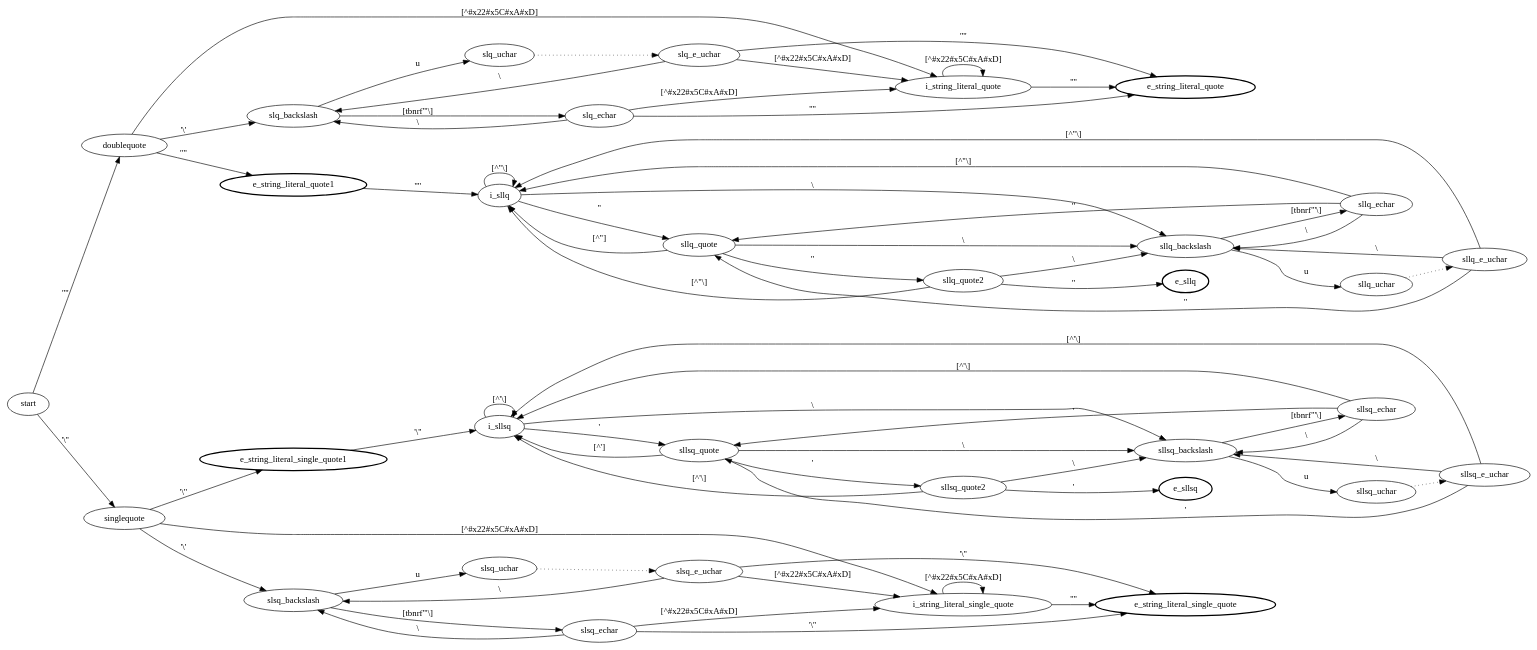
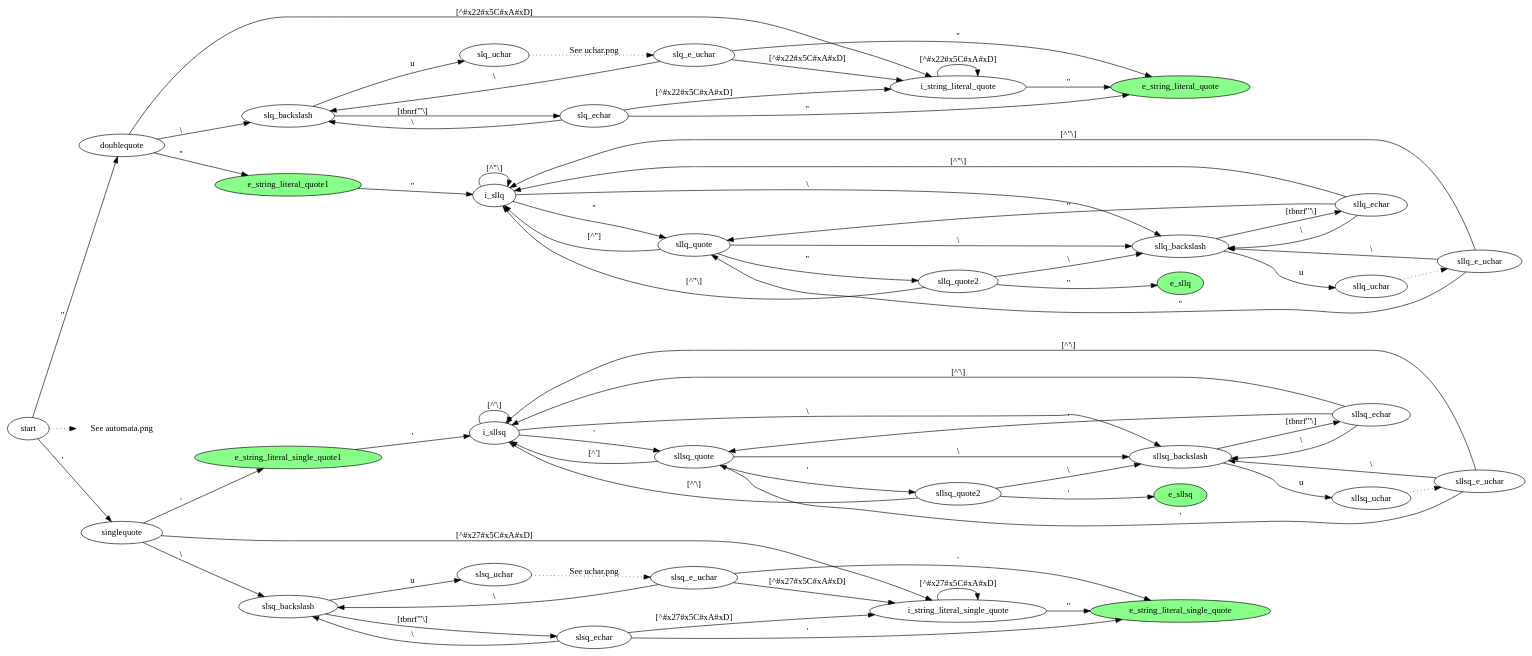
The diagram in design/string.dot (cnngimenez/SeA-turtle), drawn with Graphviz before and after one commit. The commit also changed 22 other files, not shown here.

```diff
--- a/design/string.dot
+++ b/design/string.dot
@@ -1,133 +1,133 @@
 // automata.dot
 
 // Copyright 2020 cnngimenez
 
 // Author: cnngimenez
 
 // This program is free software: you can redistribute it and/or modify
 // it under the terms of the GNU General Public License as published by
 // the Free Software Foundation, either version 3 of the License, or
 // (at your option) any later version.
 
 // This program is distributed in the hope that it will be useful,
 // but WITHOUT ANY WARRANTY; without even the implied warranty of
 // MERCHANTABILITY or FITNESS FOR A PARTICULAR PURPOSE.  See the
 // GNU General Public License for more details.
 
 // You should have received a copy of the GNU General Public License
 // along with this program.  If not, see <http://www.gnu.org/licenses/>.
 
 digraph {
         rankdir=LR;
         node [];
 
-        e_string_literal_quote [style=bold];
-        e_string_literal_quote1 [style=bold];
-        e_string_literal_single_quote [style=bold];
-        e_string_literal_single_quote1 [style=bold];
-        e_sllsq [style=bold];
-        e_sllq [style=bold];
-
+        e_string_literal_quote [style=filled, fillcolor="#88ff88"];
+        e_string_literal_quote1 [style=filled, fillcolor="#88ff88"];
+        e_string_literal_single_quote [style=filled, fillcolor="#88ff88"];
+        e_string_literal_single_quote1 [style=filled, fillcolor="#88ff88"];
+        e_sllsq [style=filled, fillcolor="#88ff88"];
+        e_sllq [style=filled, fillcolor="#88ff88"];
+        see_automata_png [shape=plaintext, label="See automata.png"];
         
         // STRING_LITERAL_QUOTE ::= '"' ([^#x22#x5C#xA#xD] | ECHAR | UCHAR)* '"' /* #x22=" #x5C=\ #xA=new line #xD=carriage return */
-        start -> doublequote [label="'\"'"]
+        start -> doublequote [label="\""]
+        start -> singlequote [label="'"]        
+        start -> see_automata_png [style=dotted];
         
         doublequote -> i_string_literal_quote [label="[^#x22#x5C#xA#xD]"];
-        doublequote -> e_string_literal_quote1 [label="'\"'"];
-        doublequote -> slq_backslash [label="'\\'"];
+        doublequote -> e_string_literal_quote1 [label="\""];
+        doublequote -> slq_backslash [label="\\"];
 
         // '"' (...)*
         i_string_literal_quote -> i_string_literal_quote [label="[^#x22#x5C#xA#xD]"];
         slq_backslash -> slq_uchar [label="u"];       
         slq_backslash -> slq_echar [label="[tbnrf\"'\\]"];
 
-        slq_uchar -> slq_e_uchar [style="dotted"];
+        slq_uchar -> slq_e_uchar [style=dotted, label="See uchar.png"];
         
         slq_e_uchar -> i_string_literal_quote [label="[^#x22#x5C#xA#xD]"];
         slq_e_uchar -> slq_backslash [label="\\"];
-        slq_e_uchar -> e_string_literal_quote [label="'\"'"];
+        slq_e_uchar -> e_string_literal_quote [label="\""];
 
         slq_echar -> i_string_literal_quote [label="[^#x22#x5C#xA#xD]"];
         slq_echar -> slq_backslash [label="\\"];
-        slq_echar -> e_string_literal_quote [label="'\"'"];
+        slq_echar -> e_string_literal_quote [label="\""];
 
-        i_string_literal_quote -> e_string_literal_quote [label="'\"'"];
+        i_string_literal_quote -> e_string_literal_quote [label="\""];
 
-        // STRING_LITERAL_SINGLE_QUOTE ::= "'" ([^#x27#x5C#xA#xD] | ECHAR | UCHAR)* "'" /* #x27=' #x5C=\ #xA=new line #xD=carriage return */
-        start -> singlequote [label="'\\''"]
-        
-        singlequote -> i_string_literal_single_quote [label="[^#x22#x5C#xA#xD]"];
-        singlequote -> e_string_literal_single_quote1 [label="'\\''"];
-        singlequote -> slsq_backslash [label="'\\'"];
+        // STRING_LITERAL_SINGLE_QUOTE ::= "'" ([^#x27#x5C#xA#xD] | ECHAR | UCHAR)* "'" /* #x27=' #x5C=\ #xA=new line #xD=carriage return */        
+        singlequote -> i_string_literal_single_quote [label="[^#x27#x5C#xA#xD]"];
+        singlequote -> e_string_literal_single_quote1 [label="'"];
+        singlequote -> slsq_backslash [label="\\"];
 
         // '"' (...)*
-        i_string_literal_single_quote -> i_string_literal_single_quote [label="[^#x22#x5C#xA#xD]"];
+        i_string_literal_single_quote -> i_string_literal_single_quote [label="[^#x27#x5C#xA#xD]"];
         slsq_backslash -> slsq_uchar [label="u"];       
         slsq_backslash -> slsq_echar [label="[tbnrf\"'\\]"];
 
-        slsq_uchar -> slsq_e_uchar [style=dotted];
+        slsq_uchar -> slsq_e_uchar [style=dotted, label="See uchar.png"];
         
-        slsq_e_uchar -> i_string_literal_single_quote [label="[^#x22#x5C#xA#xD]"];
+        slsq_e_uchar -> i_string_literal_single_quote [label="[^#x27#x5C#xA#xD]"];
         slsq_e_uchar -> slsq_backslash [label="\\"];
-        slsq_e_uchar -> e_string_literal_single_quote [label="'\\''"];
+        slsq_e_uchar -> e_string_literal_single_quote [label="'"];
 
-        slsq_echar -> i_string_literal_single_quote [label="[^#x22#x5C#xA#xD]"];
+        slsq_echar -> i_string_literal_single_quote [label="[^#x27#x5C#xA#xD]"];
         slsq_echar -> slsq_backslash [label="\\"];
-        slsq_echar -> e_string_literal_single_quote [label="'\\''"];
+        slsq_echar -> e_string_literal_single_quote [label="'"];
 
-        i_string_literal_single_quote -> e_string_literal_single_quote [label="'\"'"];
+        i_string_literal_single_quote -> e_string_literal_single_quote [label="\""];
 
         // STRING_LITERAL_LONG_SINGLE_QUOTE ::= "'''" (("'" | "''")? ([^'\] | ECHAR | UCHAR))* "'''"
-        e_string_literal_single_quote1 -> i_sllsq [label="'\\''"];
+        e_string_literal_single_quote1 -> i_sllsq [label="'"];
 
         i_sllsq -> sllsq_quote [label="'"];
         i_sllsq -> i_sllsq [label="[^'\\]"];
         i_sllsq -> sllsq_backslash [label="\\"];
         
         sllsq_quote -> sllsq_quote2 [label="'"];
         sllsq_quote -> i_sllsq [label="[^']"];
         sllsq_quote2 -> e_sllsq [label="'"];
         sllsq_quote2 -> sllsq_backslash [label="\\"];
         sllsq_quote2 -> i_sllsq [label="[^'\\]"];
         sllsq_quote -> sllsq_backslash [label="\\"];
 
         sllsq_backslash -> sllsq_echar [label="[tbnrf\"'\\]"];
         sllsq_backslash -> sllsq_uchar [label="u"];
 
         sllsq_echar -> sllsq_quote [label="'"];
         sllsq_echar -> i_sllsq [label="[^'\\]"];
         sllsq_echar -> sllsq_backslash [label="\\"];
 
         sllsq_uchar -> sllsq_e_uchar [style=dotted];
         sllsq_e_uchar -> sllsq_quote [label="'"];
         sllsq_e_uchar -> i_sllsq [label="[^'\\]"];
         sllsq_e_uchar -> sllsq_backslash [label="\\"];
         
         
         // STRING_LITERAL_LONG_QUOTE ::= '"""' (('"' | '""')? ([^"\] | ECHAR | UCHAR))* '"""'
-        e_string_literal_quote1 -> i_sllq [label="'\"'"];
+        e_string_literal_quote1 -> i_sllq [label="\""];
 
         i_sllq -> sllq_quote [label="\""];
         i_sllq -> i_sllq [label="[^\"\\]"];
         i_sllq -> sllq_backslash [label="\\"];
         
         sllq_quote -> sllq_quote2 [label="\""];
         sllq_quote -> i_sllq [label="[^\"]"];
         sllq_quote2 -> e_sllq [label="\""];
         sllq_quote2 -> sllq_backslash [label="\\"];
         sllq_quote2 -> i_sllq [label="[^\"\\]"];
         sllq_quote -> sllq_backslash [label="\\"];
 
         sllq_backslash -> sllq_echar [label="[tbnrf\"'\\]"];
         sllq_backslash -> sllq_uchar [label="u"];
 
         sllq_echar -> sllq_quote [label="\""];
         sllq_echar -> i_sllq [label="[^\"\\]"];
         sllq_echar -> sllq_backslash [label="\\"];
 
         sllq_uchar -> sllq_e_uchar [style=dotted];
         sllq_e_uchar -> sllq_quote [label="\""];
         sllq_e_uchar -> i_sllq [label="[^\"\\]"];
         sllq_e_uchar -> sllq_backslash [label="\\"];
         
 }
```
